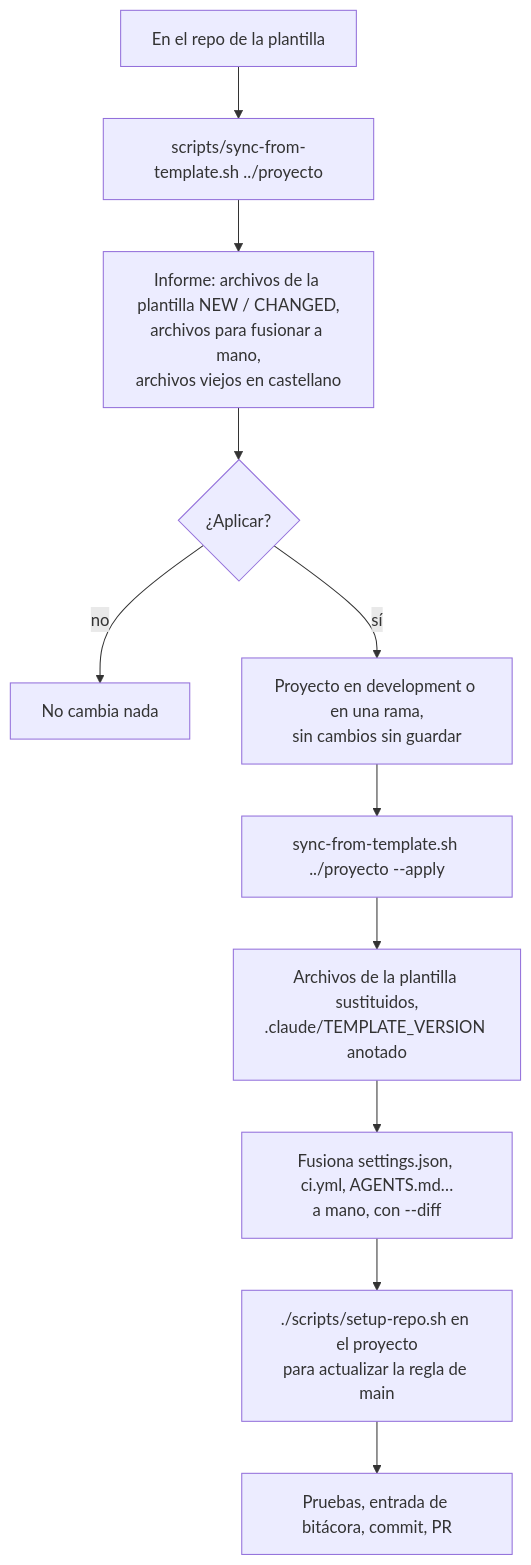
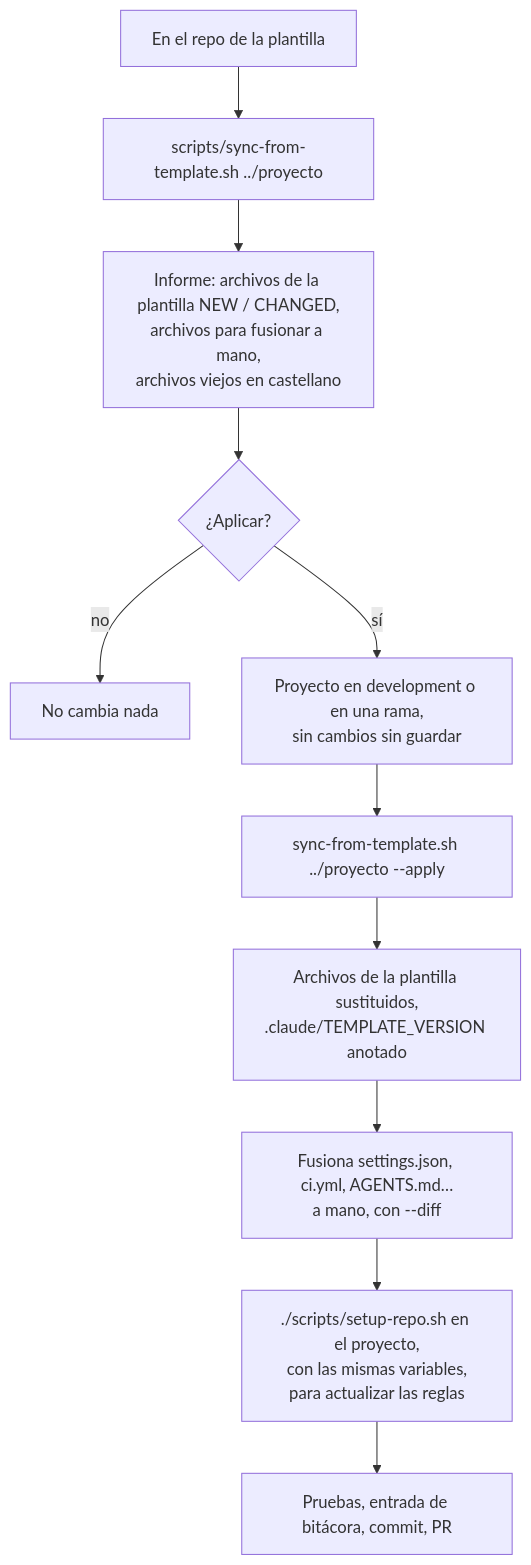
Diagram 12 of 13 in README.es.md (serbenda/project-template), drawn with Mermaid before and after one commit. The commit also changed other lines of this file and 37 other files, not shown here.

````diff
--- a/README.es.md
+++ b/README.es.md
@@ -272,13 +276,13 @@
 ```mermaid
 flowchart TD
     A["En el repo de la plantilla"] --> B["scripts/sync-from-template.sh ../proyecto"]
     B --> C["Informe: archivos de la plantilla NEW / CHANGED,<br/>archivos para fusionar a mano,<br/>archivos viejos en castellano"]
     C --> D{"¿Aplicar?"}
     D -->|"no"| E["No cambia nada"]
     D -->|"sí"| F["Proyecto en development o en una rama,<br/>sin cambios sin guardar"]
     F --> G["sync-from-template.sh ../proyecto --apply"]
     G --> H["Archivos de la plantilla sustituidos,<br/>.claude/TEMPLATE_VERSION anotado"]
     H --> I["Fusiona settings.json, ci.yml, AGENTS.md…<br/>a mano, con --diff"]
-    I --> J["./scripts/setup-repo.sh en el proyecto<br/>para actualizar la regla de main"]
+    I --> J["./scripts/setup-repo.sh en el proyecto,<br/>con las mismas variables,<br/>para actualizar las reglas"]
     J --> K["Pruebas, entrada de bitácora, commit, PR"]
 ```
````
